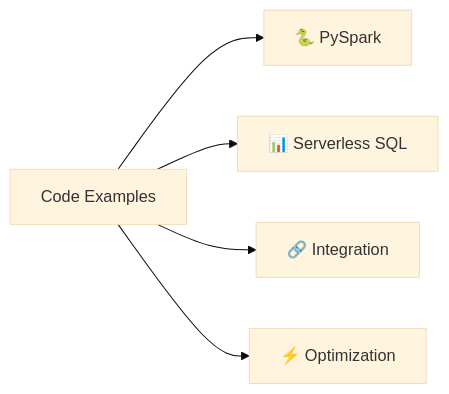
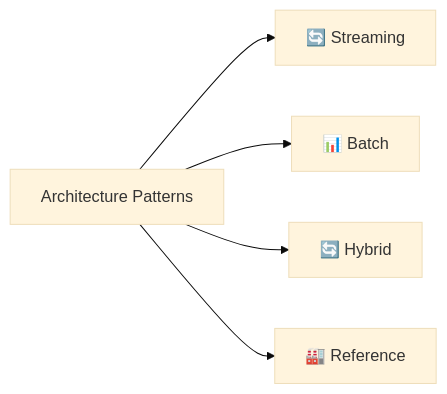
One commit to fgarofalo56/csa-inabox-docs changed the first of 3 diagrams in README.md. Above: the diagram before and after it, drawn with Mermaid (base theme). The commit also changed other lines of this file and 247 other files, not shown here.

````diff
--- a/README.md
+++ b/README.md
@@ -162,7 +167,7 @@
 ```mermaid
 graph LR
-    A[Code Examples] --> B[🐍 PySpark]
-    A --> C[📊 Serverless SQL]
-    A --> D[🔗 Integration]
-    A --> E[⚡ Optimization]
+    A[Architecture Patterns] --> B[🔄 Streaming]
+    A --> C[📊 Batch]
+    A --> D[🔄 Hybrid]
+    A --> E[🏭 Reference]
 ```
````
